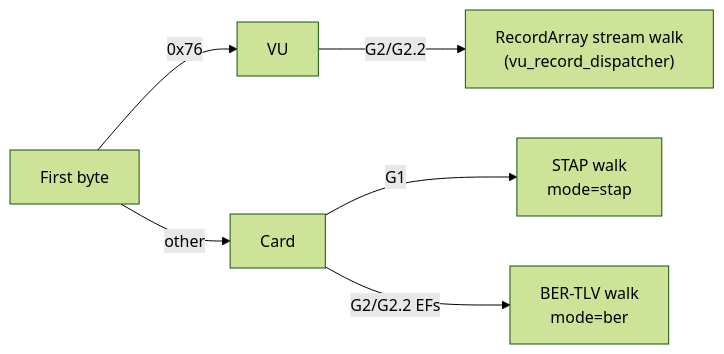
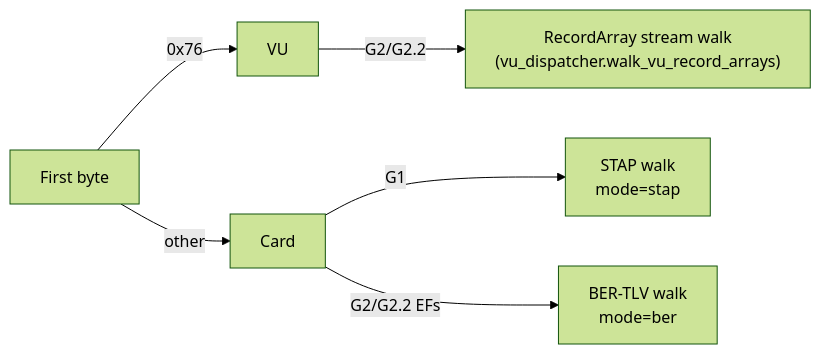
One commit to Syax89/DDDTachograph_Reader changed the diagram in docs/developer/parsing_pipeline.md. Above: the diagram before and after it, drawn with Mermaid (forest theme). The commit also changed 25 other files, not shown here.

````diff
--- a/docs/developer/parsing_pipeline.md
+++ b/docs/developer/parsing_pipeline.md
@@ -21,8 +21,8 @@
 ```mermaid
 flowchart LR
     A["First byte"] -->|"0x76"| B[VU]
     A -->|"other"| C[Card]
-    B -->|"G2/G2.2"| H["RecordArray stream walk\n(vu_record_dispatcher)"]
+    B -->|"G2/G2.2"| H["RecordArray stream walk\n(vu_dispatcher.walk_vu_record_arrays)"]
     C -->|"G1"| G["STAP walk\nmode=stap"]
     C -->|"G2/G2.2 EFs"| F["BER-TLV walk\nmode=ber"]
 ```
````
